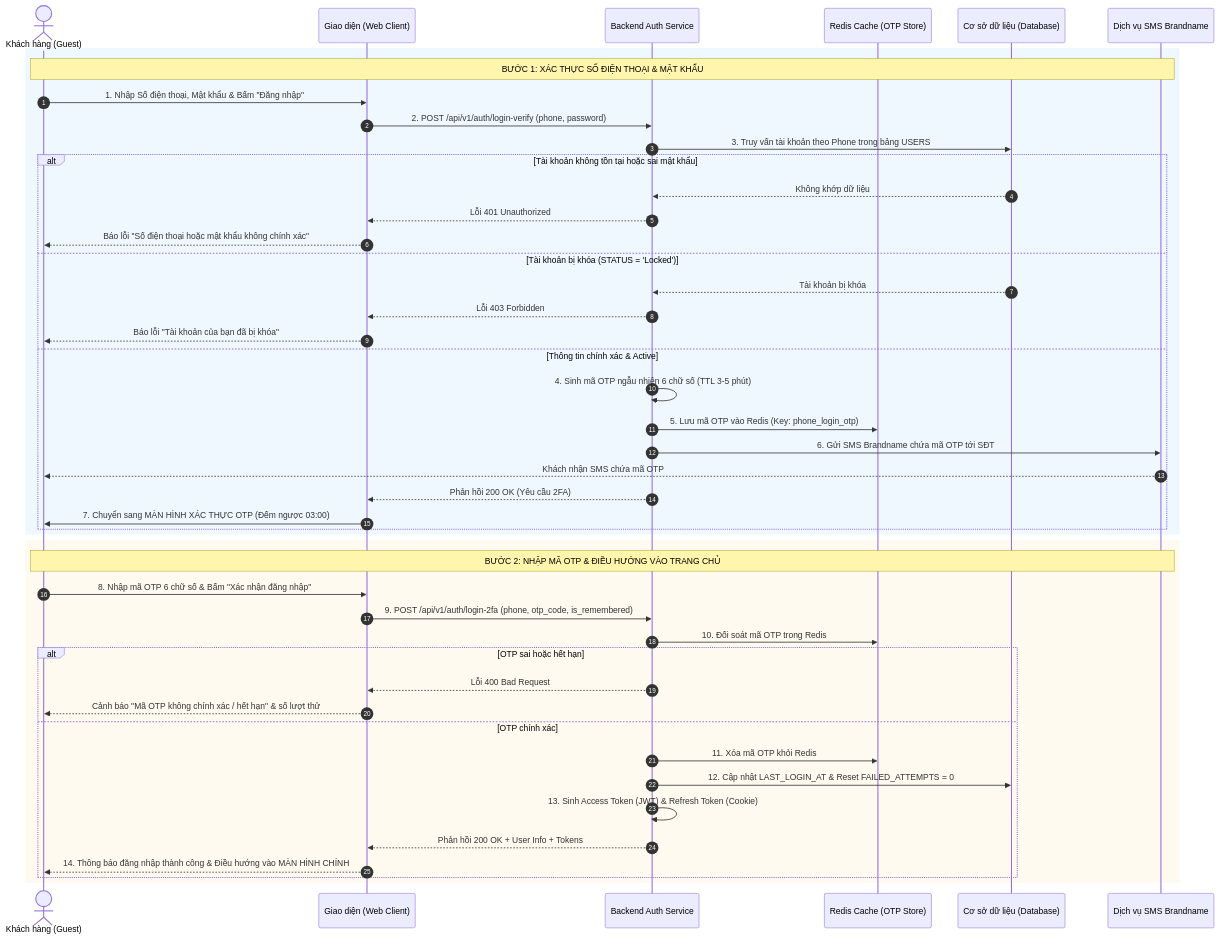
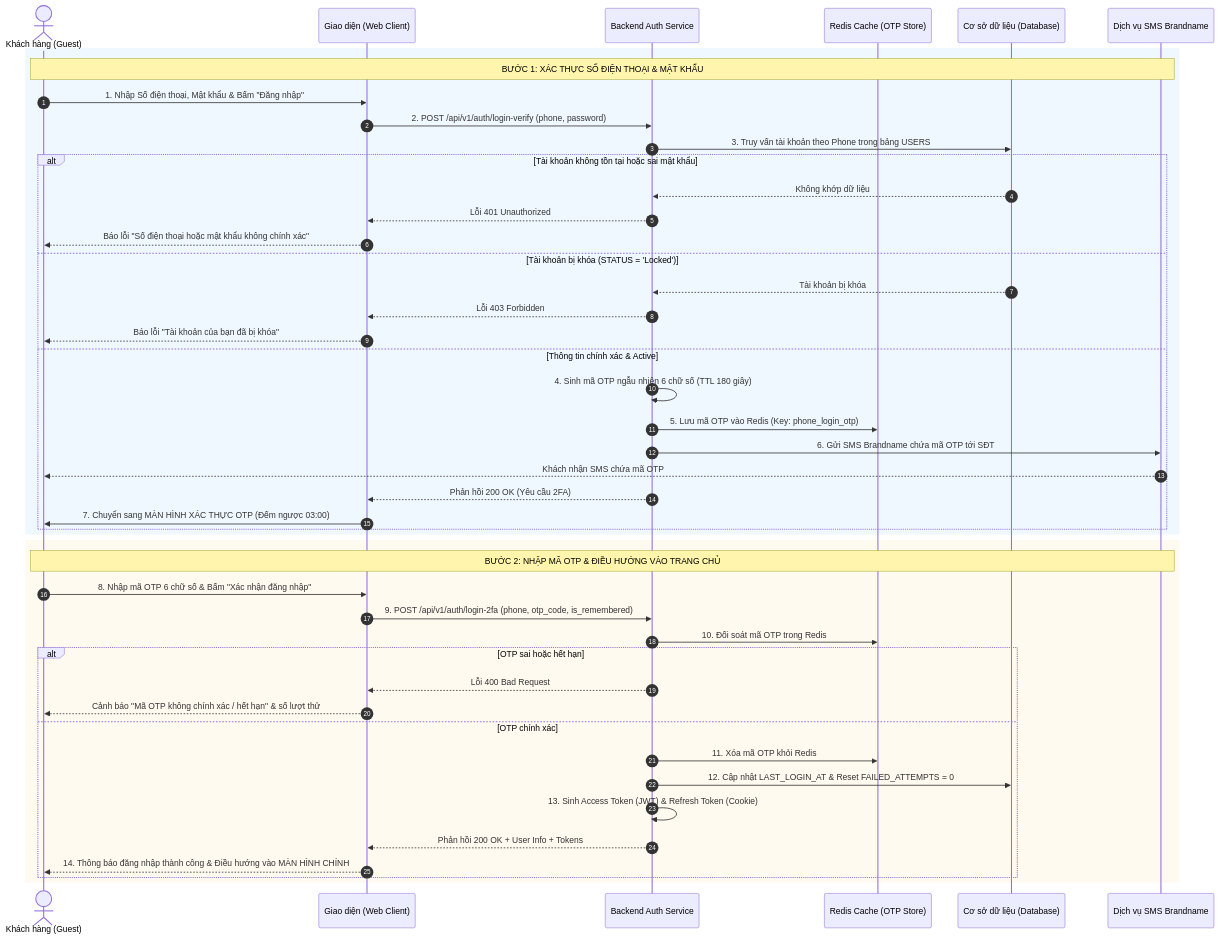
Before and after one commit to GiangHieuToiDay/aqs-ba: the diagram in docs/Fe-01/Common/Account/Login.md, drawn with Mermaid. The commit also changed other lines of this file and 16 other files, not shown here.

````diff
--- a/docs/Fe-01/Common/Account/Login.md
+++ b/docs/Fe-01/Common/Account/Login.md
@@ -213,52 +213,52 @@
 ```mermaid
 sequenceDiagram
     autonumber
     actor Guest as Khách hàng (Guest)
     participant UI as Giao diện (Web Client)
     participant API as Backend Auth Service
     participant Cache as Redis Cache (OTP Store)
     participant DB as Cơ sở dữ liệu (Database)
     participant SMS as Dịch vụ SMS Brandname
 
     %% BƯỚC 1: XÁC THỰC MẬT KHẨU
     rect rgb(240, 248, 255)
         Note over Guest, SMS: BƯỚC 1: XÁC THỰC SỐ ĐIỆN THOẠI & MẬT KHẨU
         Guest->>UI: 1. Nhập Số điện thoại, Mật khẩu & Bấm "Đăng nhập"
         UI->>API: 2. POST /api/v1/auth/login-verify (phone, password)
         API->>DB: 3. Truy vấn tài khoản theo Phone trong bảng USERS
         alt Tài khoản không tồn tại hoặc sai mật khẩu
             DB-->>API: Không khớp dữ liệu
             API-->>UI: Lỗi 401 Unauthorized
             UI-->>Guest: Báo lỗi "Số điện thoại hoặc mật khẩu không chính xác"
         else Tài khoản bị khóa (STATUS = 'Locked')
             DB-->>API: Tài khoản bị khóa
             API-->>UI: Lỗi 403 Forbidden
             UI-->>Guest: Báo lỗi "Tài khoản của bạn đã bị khóa"
         else Thông tin chính xác & Active
-            API->>API: 4. Sinh mã OTP ngẫu nhiên 6 chữ số (TTL 3-5 phút)
+            API->>API: 4. Sinh mã OTP ngẫu nhiên 6 chữ số (TTL 180 giây)
             API->>Cache: 5. Lưu mã OTP vào Redis (Key: phone_login_otp)
             API->>SMS: 6. Gửi SMS Brandname chứa mã OTP tới SĐT
             SMS-->>Guest: Khách nhận SMS chứa mã OTP
             API-->>UI: Phản hồi 200 OK (Yêu cầu 2FA)
             UI->>Guest: 7. Chuyển sang MÀN HÌNH XÁC THỰC OTP (Đếm ngược 03:00)
         end
     end
 
     %% BƯỚC 2: XÁC THỰC 2FA OTP & ĐĂNG NHẬP
     rect rgb(255, 250, 240)
         Note over Guest, SMS: BƯỚC 2: NHẬP MÃ OTP & ĐIỀU HƯỚNG VÀO TRANG CHỦ
         Guest->>UI: 8. Nhập mã OTP 6 chữ số & Bấm "Xác nhận đăng nhập"
         UI->>API: 9. POST /api/v1/auth/login-2fa (phone, otp_code, is_remembered)
         API->>Cache: 10. Đối soát mã OTP trong Redis
         alt OTP sai hoặc hết hạn
             API-->>UI: Lỗi 400 Bad Request
             UI-->>Guest: Cảnh báo "Mã OTP không chính xác / hết hạn" & số lượt thử
         else OTP chính xác
             API->>Cache: 11. Xóa mã OTP khỏi Redis
             API->>DB: 12. Cập nhật LAST_LOGIN_AT & Reset FAILED_ATTEMPTS = 0
             API->>API: 13. Sinh Access Token (JWT) & Refresh Token (Cookie)
             API-->>UI: Phản hồi 200 OK + User Info + Tokens
             UI-->>Guest: 14. Thông báo đăng nhập thành công & Điều hướng vào MÀN HÌNH CHÍNH
         end
     end
 ```
````
